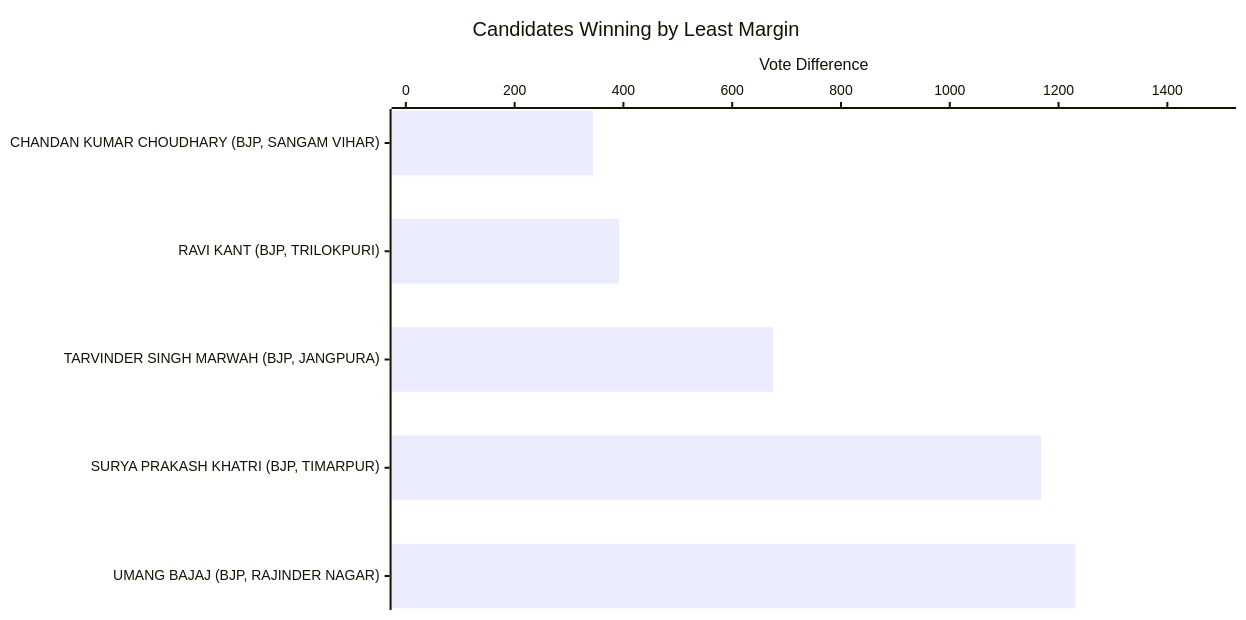
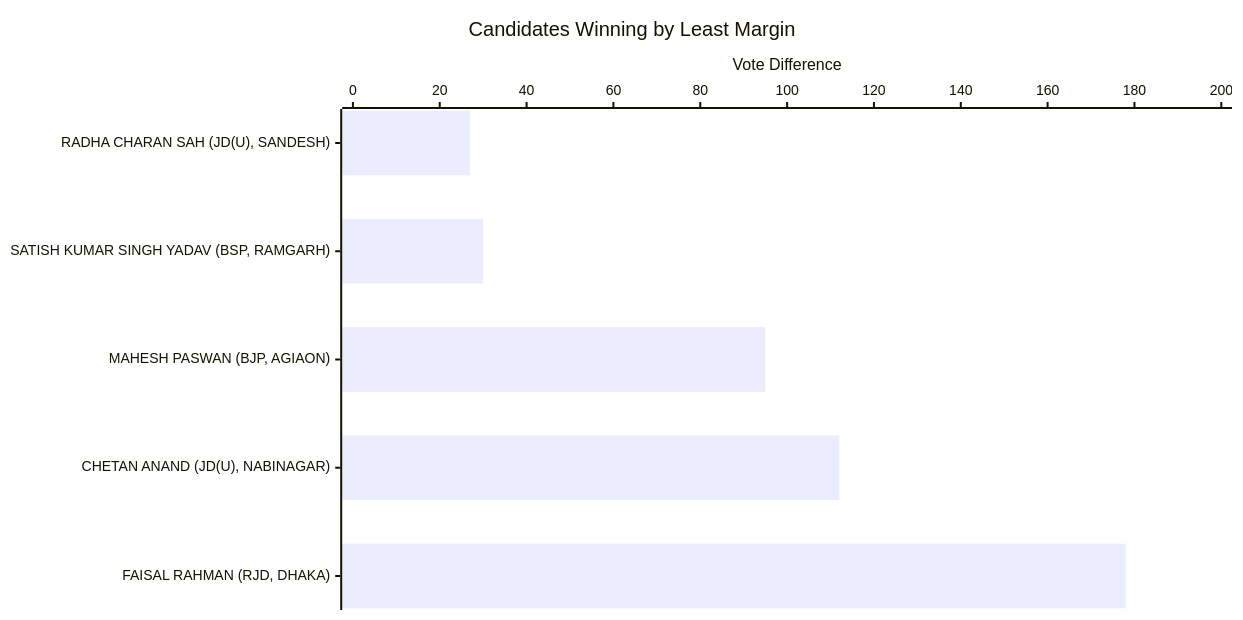
The sixth of 23 diagrams in BIHAR-GRAPH.md (arjunswaj/elections), drawn with Mermaid before and after one commit. The commit also changed other lines of this file and 5 other files, not shown here.

````diff
--- a/BIHAR-GRAPH.md
+++ b/BIHAR-GRAPH.md
@@ -150,17 +150,17 @@
 ```mermaid
 ---
 config:
     xyChart:
         width: 1200
         height: 600
         chartOrientation: horizontal
         dataLabels:
             enabled: true
             placement: end
 ---
 xychart-beta
     title "Candidates Winning by Least Margin"
-    x-axis ["CHANDAN KUMAR CHOUDHARY (BJP, SANGAM VIHAR)", "RAVI KANT (BJP, TRILOKPURI)", "TARVINDER SINGH MARWAH (BJP, JANGPURA)", "SURYA PRAKASH KHATRI (BJP, TIMARPUR)", "UMANG BAJAJ (BJP, RAJINDER NAGAR)"]
-    y-axis "Vote Difference" 0 --> 1500
-    bar [344, 392, 675, 1168, 1231]
+    x-axis ["RADHA CHARAN SAH (JD(U), SANDESH)", "SATISH KUMAR SINGH YADAV (BSP, RAMGARH)", "MAHESH PASWAN (BJP, AGIAON)", "CHETAN ANAND (JD(U), NABINAGAR)", "FAISAL RAHMAN (RJD, DHAKA)"]
+    y-axis "Vote Difference" 0 --> 200
+    bar [27, 30, 95, 112, 178]
 ```
````
